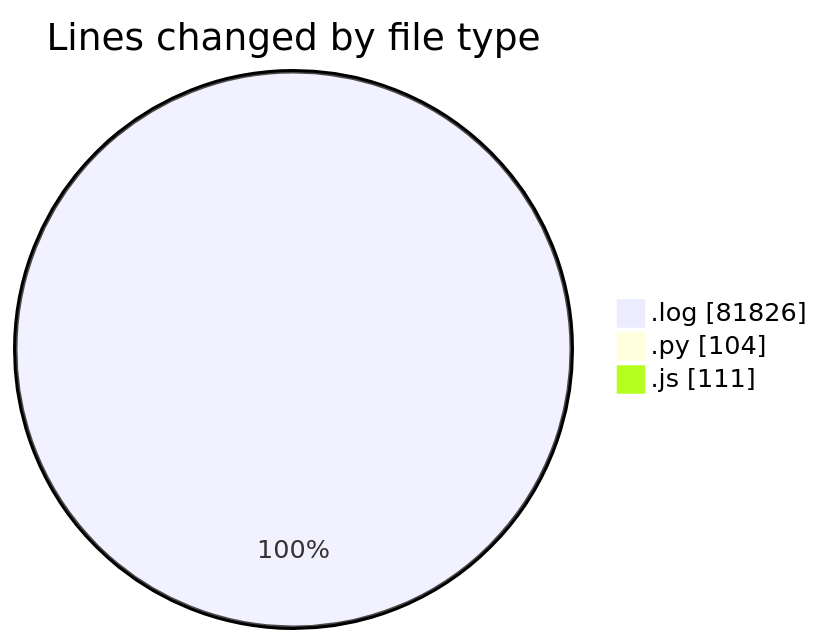
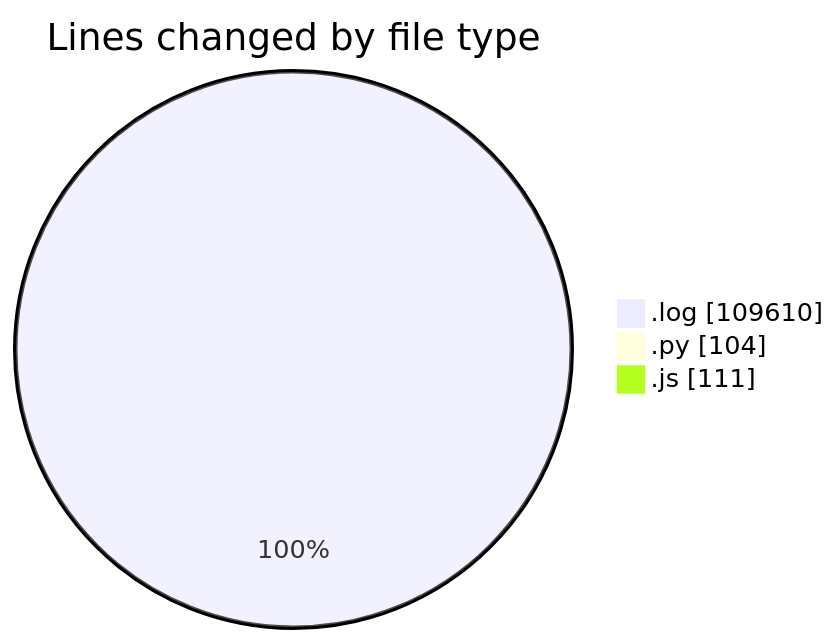
Before and after one commit to nxtqubesakshisongat/code-tracking: the first of 2 diagrams in 2025-04-10/nxtqube_webapp/README.md, drawn with Mermaid. The commit also changed other lines of this file and 1 other file, not shown here.

````diff
--- a/2025-04-10/nxtqube_webapp/README.md
+++ b/2025-04-10/nxtqube_webapp/README.md
@@ -22,7 +22,7 @@
 ```mermaid
 pie showData
 title Lines changed by file type
-".log" : 81826
+".log" : 109610
 ".py" : 104
 ".js" : 111
 ```
````
